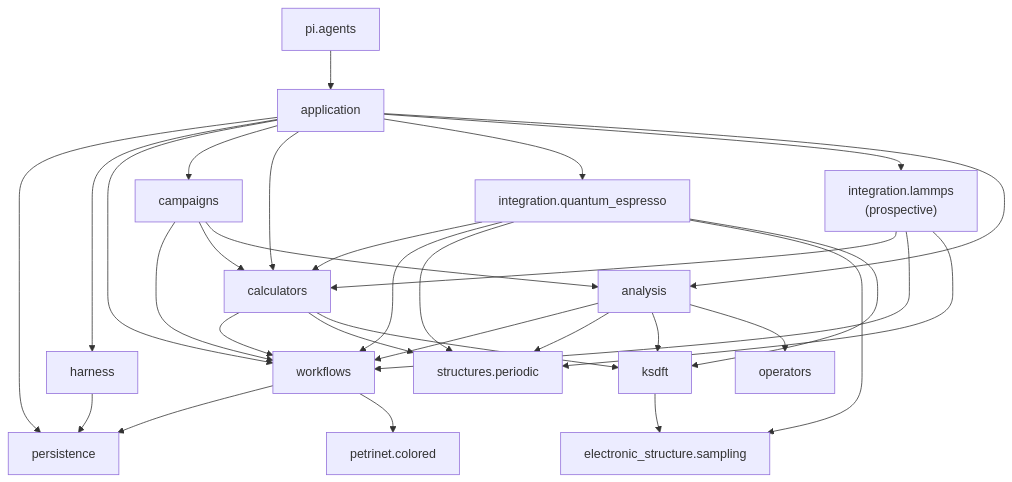
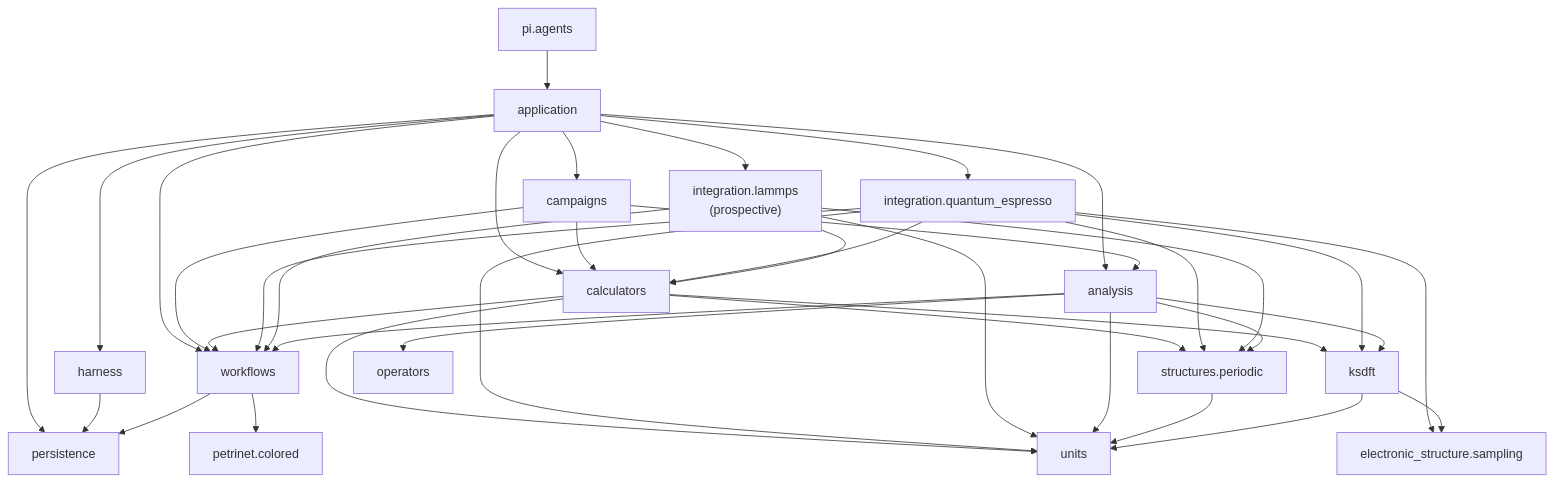
One commit to eragasa/ksdft2effmass changed the diagram in docs/architecture/v2/ksdft2effmass/index.md. Above: the diagram before and after it, drawn with Mermaid. The commit also changed other lines of this file and 49 other files, not shown here.

````diff
--- a/docs/architecture/v2/ksdft2effmass/index.md
+++ b/docs/architecture/v2/ksdft2effmass/index.md
@@ -9,50 +9,57 @@
 ```mermaid
 flowchart TB
     app["application"]
     persistence["persistence"]
     harness["harness"]
     workflows["workflows"]
     petrinet["petrinet.colored"]
     campaigns["campaigns"]
     calculators["calculators"]
     qe_integration["integration.quantum_espresso"]
     lammps_integration["integration.lammps<br/>(prospective)"]
     structures["structures.periodic"]
     sampling["electronic_structure.sampling"]
+    units["units"]
     ksdft["ksdft"]
     operators["operators"]
     analysis["analysis"]
     pi_agents["pi.agents"]
 
     pi_agents --> app
     app --> persistence
     app --> harness
     app --> workflows
     app --> campaigns
     app --> calculators
     app --> qe_integration
     app --> lammps_integration
     app --> analysis
     harness --> persistence
     workflows --> persistence
     workflows --> petrinet
     campaigns --> workflows
     campaigns --> calculators
     campaigns --> analysis
     calculators --> workflows
     calculators --> structures
+    calculators --> units
     calculators --> ksdft
     qe_integration --> calculators
     qe_integration --> workflows
     qe_integration --> structures
     qe_integration --> sampling
+    qe_integration --> units
     qe_integration --> ksdft
     lammps_integration --> calculators
     lammps_integration --> workflows
     lammps_integration --> structures
+    lammps_integration --> units
     analysis --> workflows
     analysis --> structures
+    analysis --> units
     analysis --> ksdft
+    structures --> units
     ksdft --> sampling
+    ksdft --> units
     analysis --> operators
 ```
````
